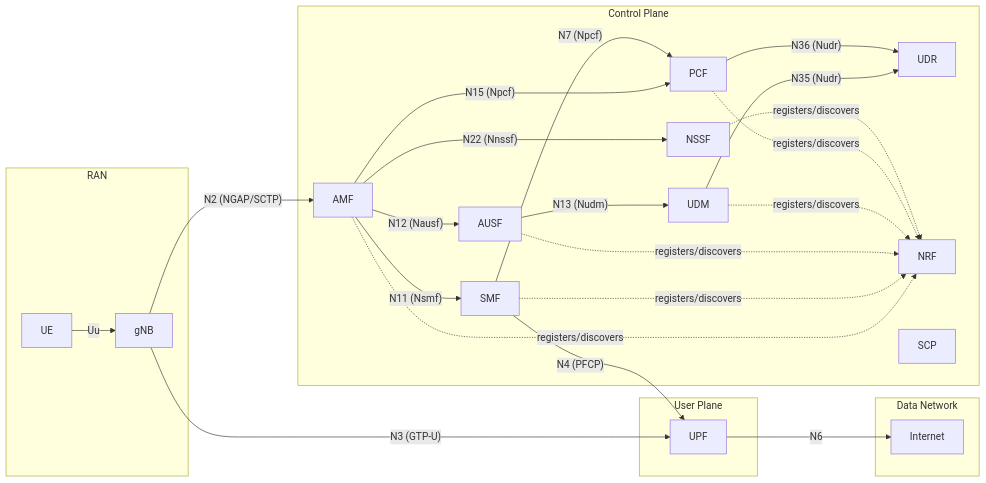
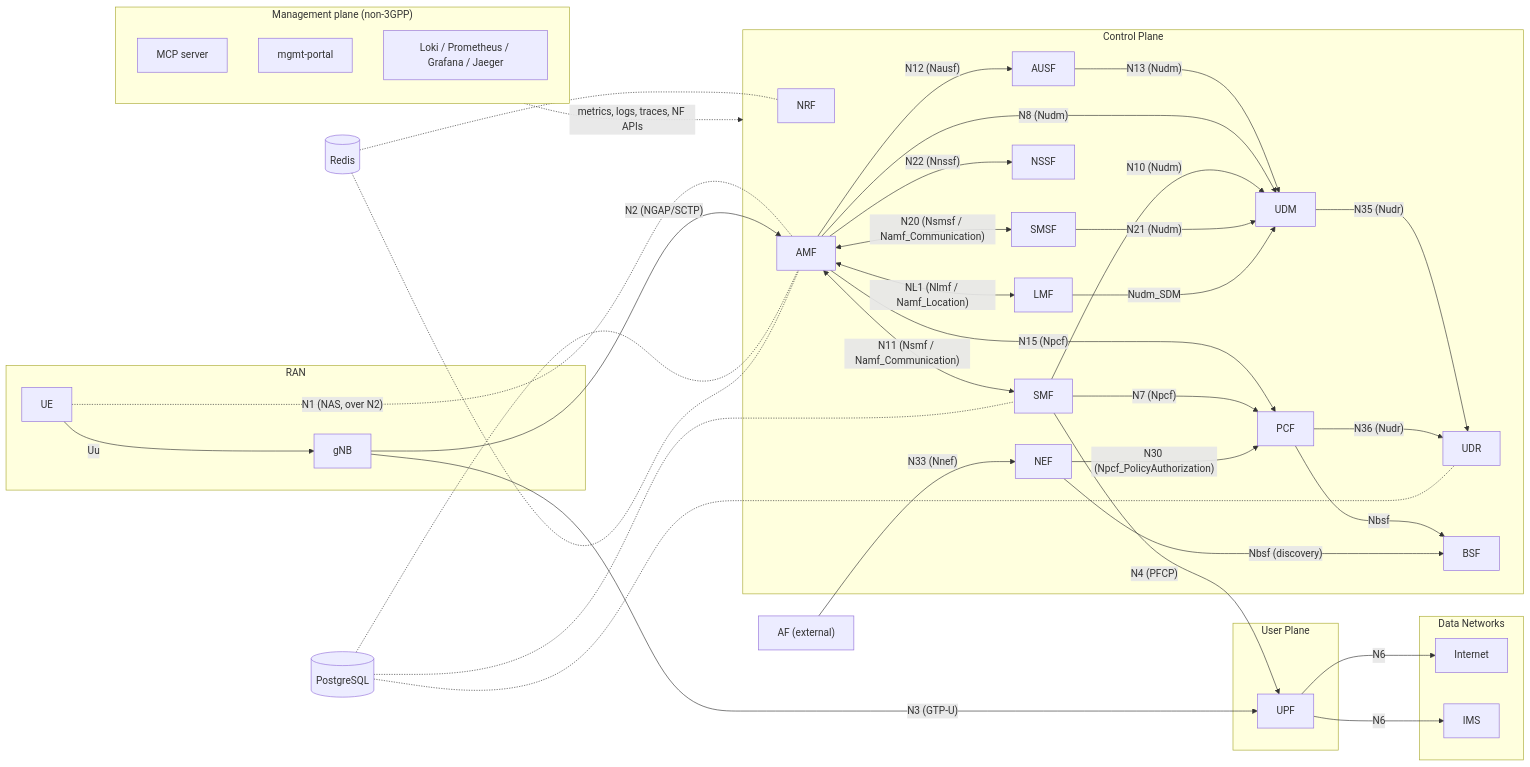
One commit to francurieses/claudia-5gc changed the diagram in docs/architecture.md. Above: the diagram before and after it, drawn with Mermaid. The commit also changed other lines of this file and 53 other files, not shown here.

````diff
--- a/docs/architecture.md
+++ b/docs/architecture.md
@@ -7,45 +7,68 @@
 ```mermaid
 flowchart LR
   subgraph RAN
     UE -- Uu --> gNB
   end
 
   subgraph CP[Control Plane]
+    NRF
     AMF
     SMF
     AUSF
     UDM
     UDR
     PCF
     NSSF
-    NRF
-    SCP
+    SMSF
+    BSF
+    NEF
+    LMF
   end
 
   subgraph UP[User Plane]
     UPF
   end
 
-  subgraph DN[Data Network]
+  subgraph DN[Data Networks]
     Internet
+    IMS
   end
 
+  subgraph TOOLS["Management plane (non-3GPP)"]
+    MCP[MCP server]
+    PORTAL[mgmt-portal]
+    OBS[Loki / Prometheus / Grafana / Jaeger]
+  end
+
+  AF["AF (external)"]
+  PG[(PostgreSQL)]
+  REDIS[(Redis)]
+
+  UE -. "N1 (NAS, over N2)" .- AMF
   gNB -- "N2 (NGAP/SCTP)" --> AMF
   gNB -- "N3 (GTP-U)" --> UPF
-  AMF -- "N11 (Nsmf)" --> SMF
+  AMF <-- "N11 (Nsmf / Namf_Communication)" --> SMF
   SMF -- "N4 (PFCP)" --> UPF
   AMF -- "N12 (Nausf)" --> AUSF
   AUSF -- "N13 (Nudm)" --> UDM
+  AMF -- "N8 (Nudm)" --> UDM
+  SMF -- "N10 (Nudm)" --> UDM
   UDM -- "N35 (Nudr)" --> UDR
   AMF -- "N15 (Npcf)" --> PCF
   SMF -- "N7 (Npcf)" --> PCF
   PCF -- "N36 (Nudr)" --> UDR
   AMF -- "N22 (Nnssf)" --> NSSF
-  AMF -. registers/discovers .-> NRF
-  SMF -. registers/discovers .-> NRF
-  AUSF -. registers/discovers .-> NRF
-  UDM -. registers/discovers .-> NRF
-  PCF -. registers/discovers .-> NRF
-  NSSF -. registers/discovers .-> NRF
+  AMF <-- "N20 (Nsmsf / Namf_Communication)" --> SMSF
+  SMSF -- "N21 (Nudm)" --> UDM
+  AMF <-- "NL1 (Nlmf / Namf_Location)" --> LMF
+  LMF -- "Nudm_SDM" --> UDM
+  PCF -- "Nbsf" --> BSF
+  NEF -- "Nbsf (discovery)" --> BSF
+  NEF -- "N30 (Npcf_PolicyAuthorization)" --> PCF
+  AF -- "N33 (Nnef)" --> NEF
   UPF -- "N6" --> Internet
+  UPF -- "N6" --> IMS
+  PG -.- UDR & AMF & SMF
+  REDIS -.- AMF & NRF
+  TOOLS -. "metrics, logs, traces, NF APIs" .-> CP
 ```
````
